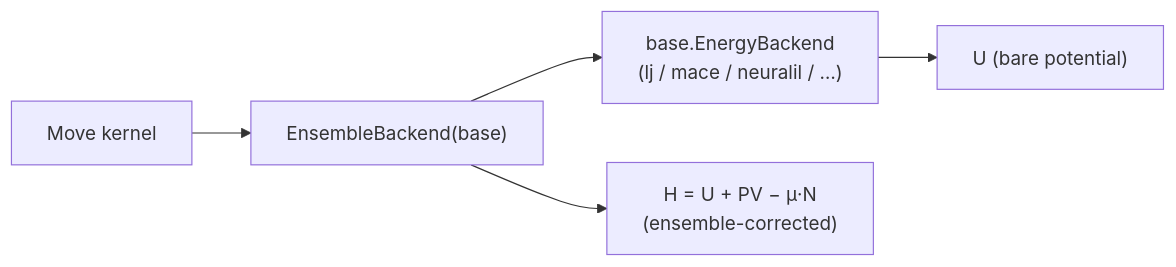
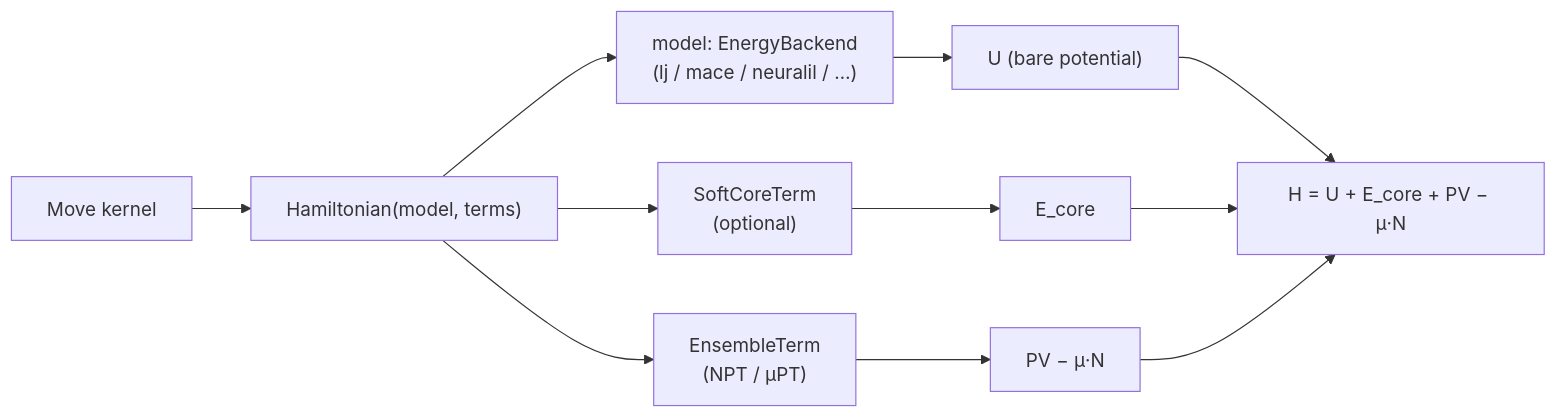
Before and after one commit to nunglert/jaxrens: the first of 2 diagrams in docs/user/concepts/backends.md, drawn with Mermaid. The commit also changed other lines of this file and 4 other files, not shown here.

````diff
--- a/docs/user/concepts/backends.md
+++ b/docs/user/concepts/backends.md
@@ -12,7 +14,13 @@
 ```{mermaid}
 flowchart LR
-    M["Move kernel"] --> B["EnsembleBackend(base)"]
-    B --> Base["base.EnergyBackend<br/>(lj / mace / neuralil / …)"]
+    M["Move kernel"] --> B["Hamiltonian(model, terms)"]
+    B --> Base["model: EnergyBackend<br/>(lj / mace / neuralil / …)"]
+    B --> SC["SoftCoreTerm<br/>(optional)"]
+    B --> ET["EnsembleTerm<br/>(NPT / μPT)"]
     Base --> U["U  (bare potential)"]
-    B --> H["H = U + PV − μ·N<br/>(ensemble-corrected)"]
+    SC --> EC["E_core"]
+    ET --> PV["PV − μ·N"]
+    U --> H["H = U + E_core + PV − μ·N"]
+    EC --> H
+    PV --> H
 ```
````
